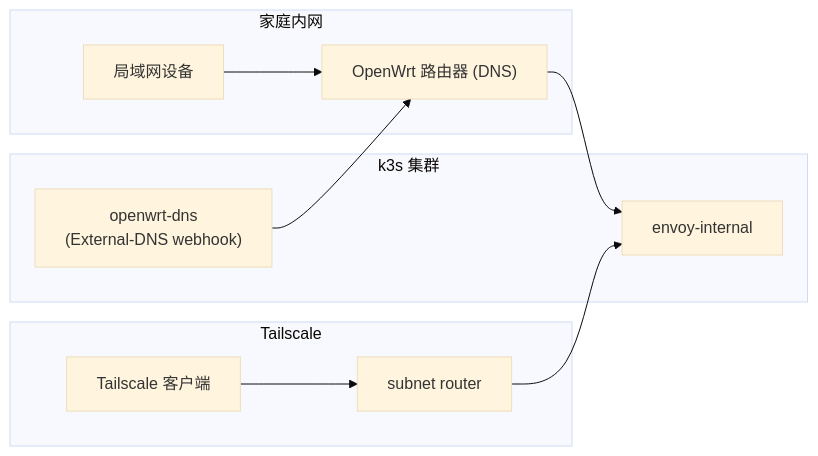
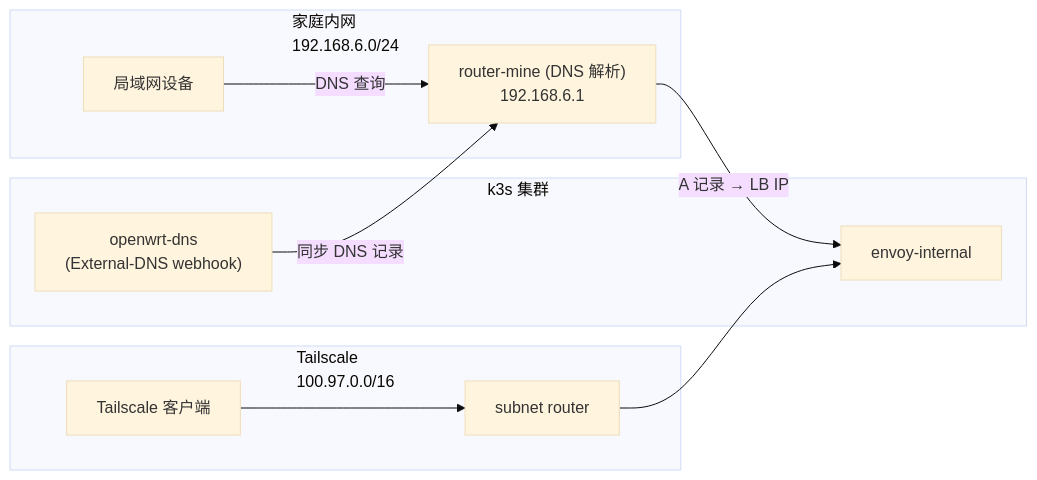
Before and after one commit to shelken/home-ops: the fifth of 8 diagrams in docs/ARCHITECTURE.md, drawn with Mermaid (base theme). The commit also changed other lines of this file and 1 other file, not shown here.

First line of the commit message:
docs: 校准架构文档与历史架构图说明

````diff
--- a/docs/ARCHITECTURE.md
+++ b/docs/ARCHITECTURE.md
@@ -179,24 +191,23 @@
 ```mermaid
 graph LR
-    subgraph LAN["家庭内网"]
+    subgraph LAN["家庭内网<br/>192.168.6.0/24"]
         Client["局域网设备"]
-        Router["OpenWrt 路由器 (DNS)"]
+        Router["router-mine (DNS 解析)<br/>192.168.6.1"]
     end
 
-    subgraph TS["Tailscale"]
+    subgraph TS["Tailscale<br/>100.97.0.0/16"]
         TS_Client["Tailscale 客户端"]
         TS_Subnet["subnet router"]
     end
 
     subgraph K8S["k3s 集群"]
-        OpenwrtDNS["openwrt-dns
-(External-DNS webhook)"]
+        OpenwrtDNS["openwrt-dns<br/>(External-DNS webhook)"]
         Envoy_Internal["envoy-internal"]
     end
 
-    OpenwrtDNS --> Router
-    Client --> Router
-    Router --> Envoy_Internal
+    OpenwrtDNS -->|"同步 DNS 记录"| Router
+    Client -->|"DNS 查询"| Router
+    Router -->|"A 记录 → LB IP"| Envoy_Internal
     TS_Client --> TS_Subnet
     TS_Subnet --> Envoy_Internal
 ```
````
